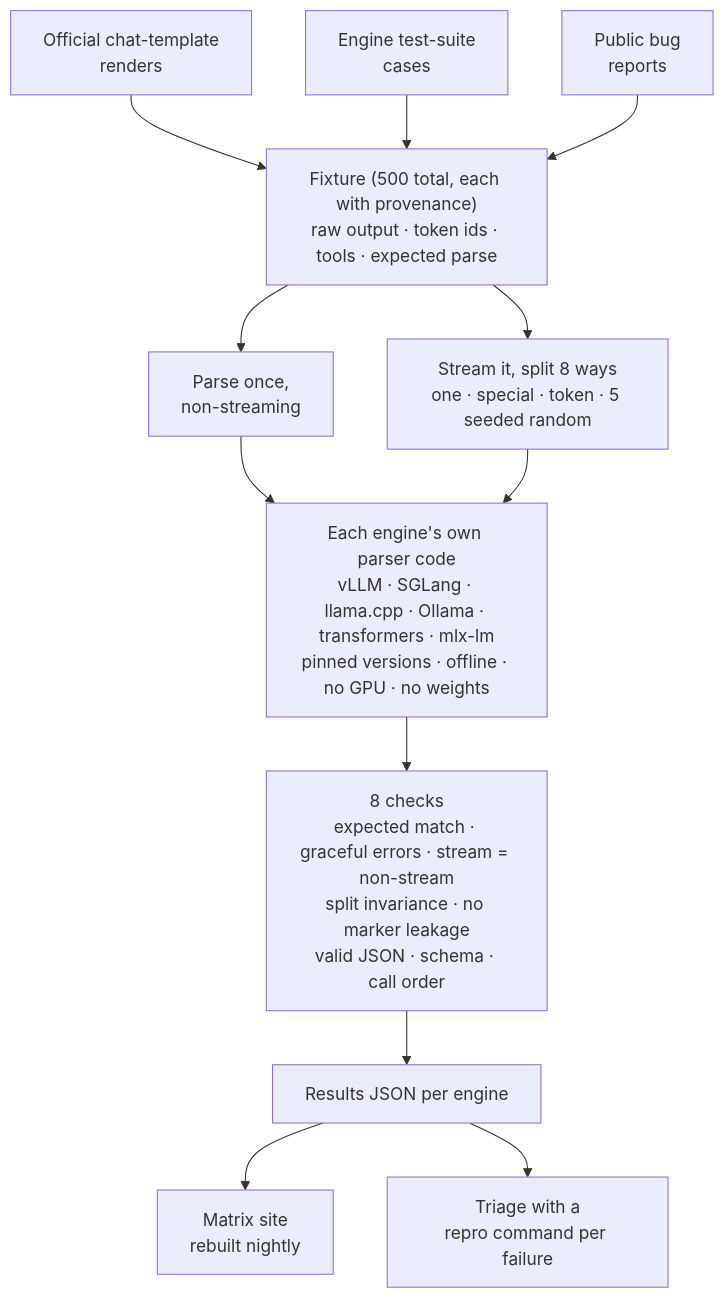
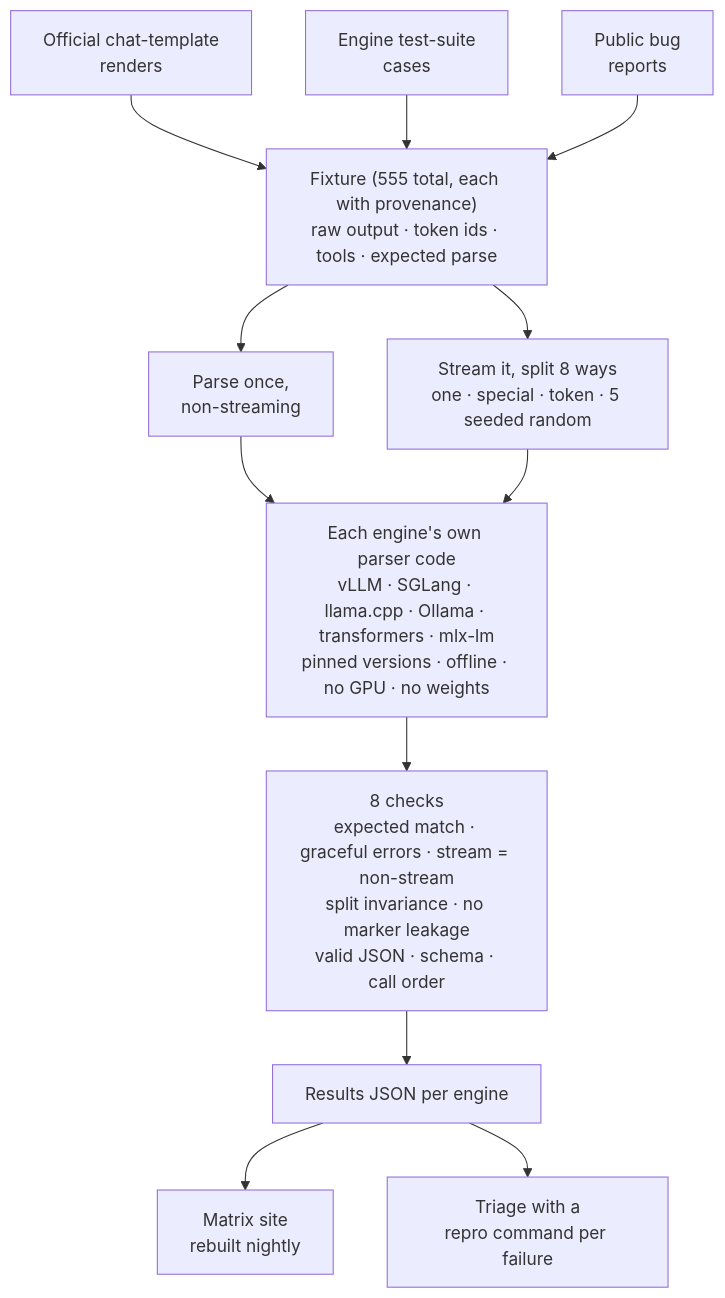
Before and after one commit to redd34/canitoolcall: the second of 3 diagrams in README.md, drawn with Mermaid. The commit also changed other lines of this file and 6 other files, not shown here.

````diff
--- a/README.md
+++ b/README.md
@@ -75,15 +75,15 @@
 ```mermaid
 flowchart TB
     T["Official chat-template<br/>renders"] --> F
     E["Engine test-suite<br/>cases"] --> F
     B["Public bug<br/>reports"] --> F
-    F["Fixture (500 total, each with provenance)<br/>raw output · token ids · tools · expected parse"]
+    F["Fixture (555 total, each with provenance)<br/>raw output · token ids · tools · expected parse"]
     F --> N["Parse once,<br/>non-streaming"]
     F --> K["Stream it, split 8 ways<br/>one · special · token · 5 seeded random"]
     N --> P["Each engine's own parser code<br/>vLLM · SGLang · llama.cpp · Ollama · transformers · mlx-lm<br/>pinned versions · offline · no GPU · no weights"]
     K --> P
     P --> CH["8 checks<br/>expected match · graceful errors · stream = non-stream<br/>split invariance · no marker leakage<br/>valid JSON · schema · call order"]
     CH --> RS["Results JSON per engine"]
     RS --> MX["Matrix site<br/>rebuilt nightly"]
     RS --> TR["Triage with a<br/>repro command per failure"]
 ```
````
